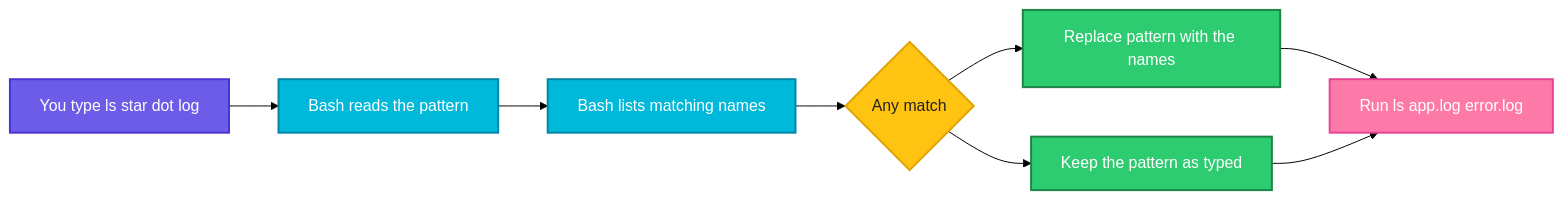
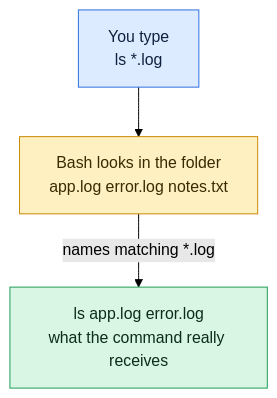
The diagram in linux/fundamentals/06-wildcards-globbing.md (codeKerdosTech/DevOps-Documentation), drawn with Mermaid (forest theme) before and after one commit. The commit also changed other lines of this file and 165 other files, not shown here.

Commit message:
updated diagrams in linux

````diff
--- a/linux/fundamentals/06-wildcards-globbing.md
+++ b/linux/fundamentals/06-wildcards-globbing.md
@@ -18,20 +18,13 @@
 ```mermaid
-flowchart LR
-    A[You type ls star dot log] --> B[Bash reads the pattern]
-    B --> C[Bash lists matching names]
-    C --> D{Any match}
-    D --> E[Replace pattern with the names]
-    D --> F[Keep the pattern as typed]
-    E --> G[Run ls app.log error.log]
-    F --> G
-    classDef start fill:#6C5CE7,stroke:#4834D4,stroke-width:2px,color:#fff
-    classDef proc fill:#00B8D9,stroke:#0087A8,stroke-width:2px,color:#fff
-    classDef dec fill:#FFC312,stroke:#E1A100,stroke-width:2px,color:#222
-    classDef ok fill:#2ECC71,stroke:#1E8449,stroke-width:2px,color:#fff
-    classDef out fill:#FD79A8,stroke:#E84393,stroke-width:2px,color:#fff
-    class A start
-    class B,C proc
-    class D dec
-    class E,F ok
-    class G out
+flowchart TD
+    i1[You type<br/>ls *.log] --> c1[Bash looks in the folder<br/>app.log  error.log  notes.txt]
+    c1 -->|names matching *.log| o1[ls app.log error.log<br/>what the command really receives]
+    classDef inp fill:#DCEBFF,stroke:#2F6FDE,color:#10213F
+    classDef cmd fill:#FFF0C2,stroke:#C98A00,color:#3A2A00
+    classDef out fill:#D9F5E3,stroke:#1F9D55,color:#0B2E1A
+    classDef bad fill:#FDE0E0,stroke:#D13B3B,color:#4A0F0F
+    classDef note fill:#ECEFF3,stroke:#7B8794,color:#1F2933
+    class i1 inp
+    class c1 cmd
+    class o1 out
 ```
````
